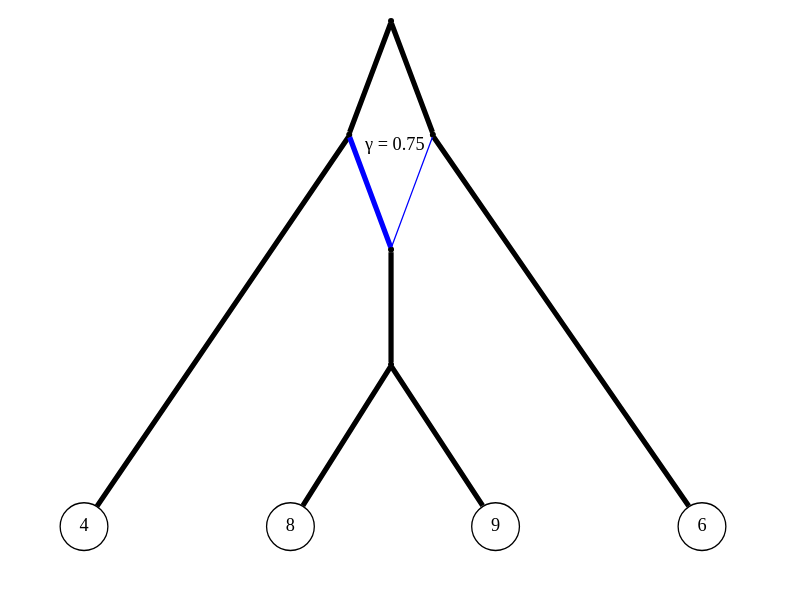
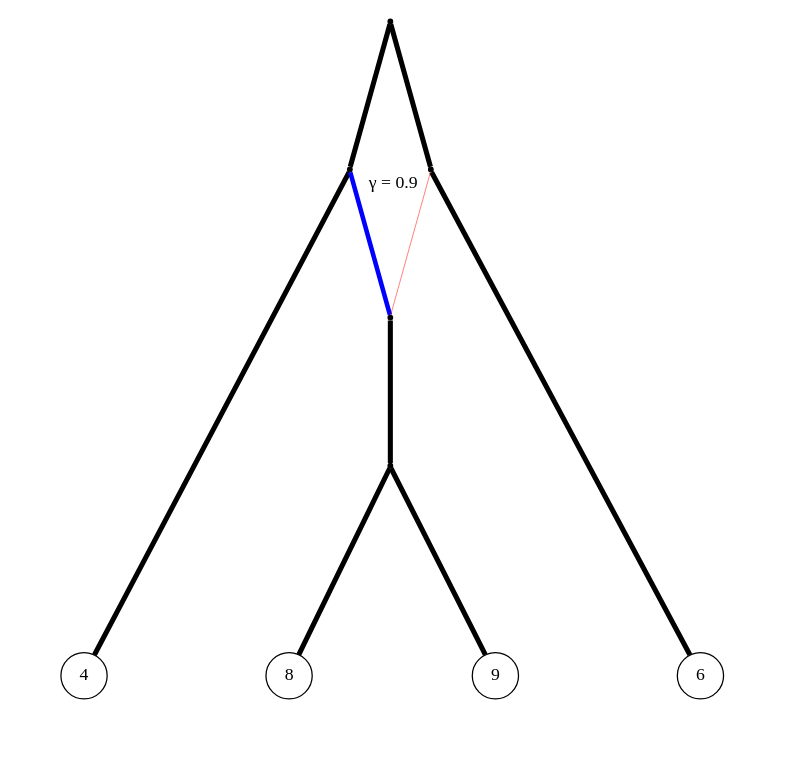
The diagram in visualization/drawCF.dot (JuliaPhylo/PhyloNetworks.jl), drawn with Graphviz before and after one commit. The commit also changed 5 other files, not shown here.

```diff
--- a/visualization/drawCF.dot
+++ b/visualization/drawCF.dot
@@ -1,22 +1,29 @@
 Graph { 
 labelloc=b 
-    ratio="fill"; 
-    size="8,6"; 
+    ratio="expand"; 
+    size="8 ,5"; 
     node [shape = point] 
     rank=max 1 
      subgraph    { 4 , 6 , 8 , 9 } 
     4 [label=4] [shape = circle] [height = 0.1] 
     6 [label=6] [shape = circle] [height = 0.1] 
     8 [label=8] [shape = circle] [height = 0.1] 
     9 [label=9] [shape = circle] [height = 0.1] 
  
      1 -- 2 [penwidth=4]; 
      1 -- 3 [penwidth=4]; 
      2 -- 4 [penwidth=4]; 
-     2 -- 5 [color=blue] [penwidth=4] [taillabel=" &gamma; = 0.75"] [labeldistance = 3.5] [labelangle=60.0]; 
-     3 -- 5 [color=blue] [penwidth=1]; 
+     2 -- 5
+                              [color=blue]
+                              [penwidth=3.6]
+                              [taillabel=" &gamma; = 0.9"]
+                              [labeldistance = 3.5]
+                              [labelangle=60.0]; 
+     3 -- 5
+                              [color=red]
+                              [penwidth=0.4]; 
      3 -- 6 [penwidth=4]; 
      5 -- 7 [penwidth=4]; 
      7 -- 8 [penwidth=4]; 
      7 -- 9 [penwidth=4]; 
 }
```
